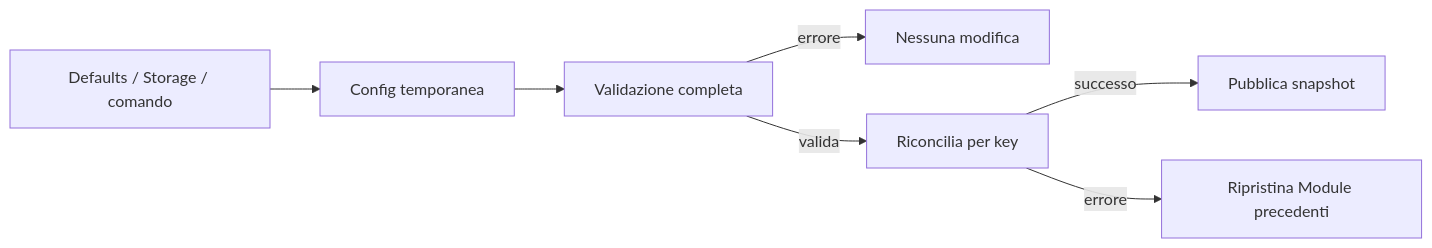
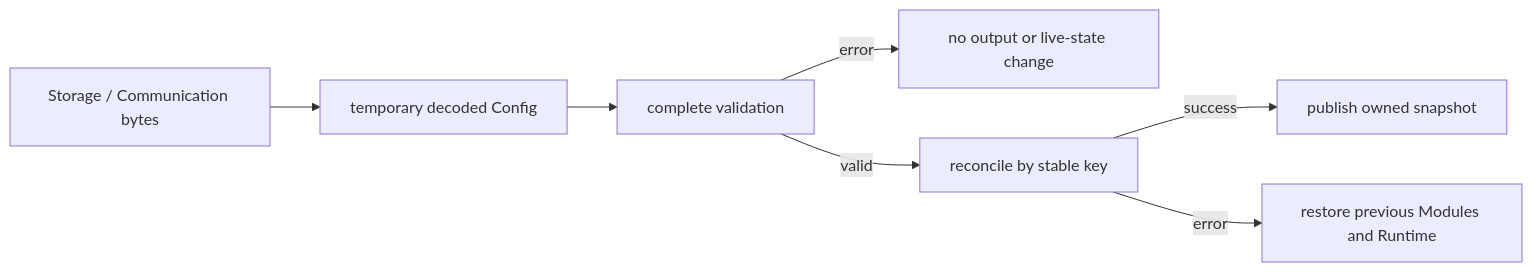
One commit to andreapiccini/SpaghettiLAB changed the diagram in Firmware/core/subsys/config/README.md. Above: the diagram before and after it, drawn with Mermaid. The commit also changed other lines of this file and 9 other files, not shown here.

Commit message:
config decode with CBOR

````diff
--- a/Firmware/core/subsys/config/README.md
+++ b/Firmware/core/subsys/config/README.md
@@ -52,9 +59,9 @@
 ```mermaid
 flowchart LR
-    INPUT["Defaults / Storage / comando"] --> TEMP["Config temporanea"]
-    TEMP --> VALIDATE["Validazione completa"]
-    VALIDATE -->|"errore"| REJECT["Nessuna modifica"]
-    VALIDATE -->|"valida"| APPLY["Riconcilia per key"]
-    APPLY -->|"successo"| COMMIT["Pubblica snapshot"]
-    APPLY -->|"errore"| ROLLBACK["Ripristina Module precedenti"]
+    INPUT["Storage / Communication bytes"] --> DECODE["temporary decoded Config"]
+    DECODE --> VALIDATE["complete validation"]
+    VALIDATE -->|"error"| REJECT["no output or live-state change"]
+    VALIDATE -->|"valid"| APPLY["reconcile by stable key"]
+    APPLY -->|"success"| COMMIT["publish owned snapshot"]
+    APPLY -->|"error"| ROLLBACK["restore previous Modules and Runtime"]
 ```
````
